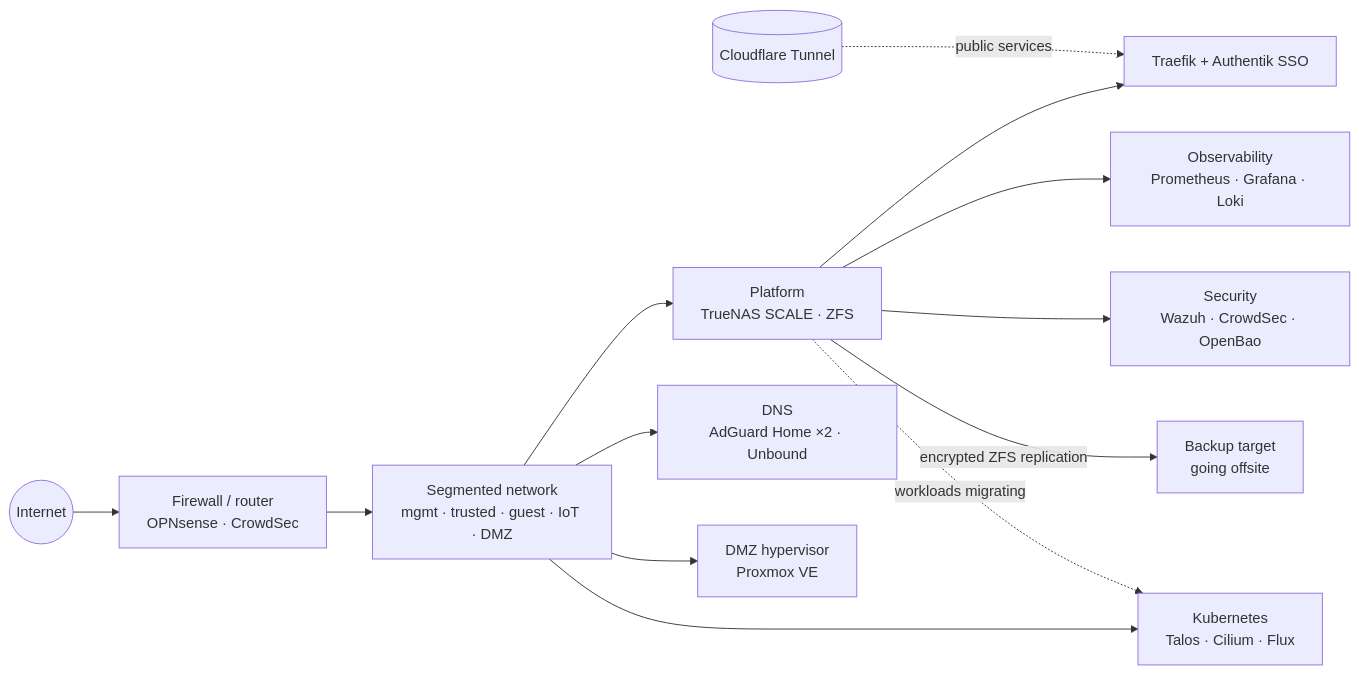
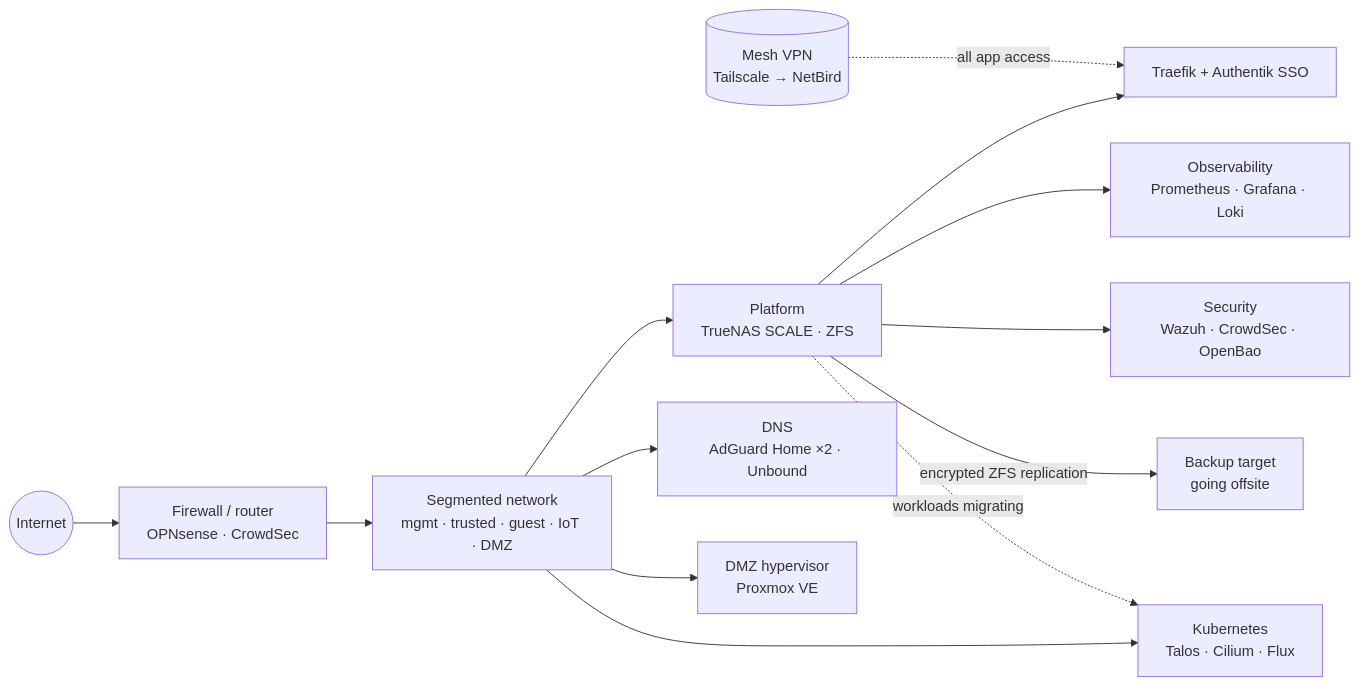
Before and after one commit to mselin/mselin: the diagram in README.md, drawn with Mermaid. The commit also changed other lines of this file, not shown here.

First line of the commit message:
Correct remote access: apps are reachable over the mesh VPN only

````diff
--- a/README.md
+++ b/README.md
@@ -32,18 +32,18 @@
 ```mermaid
 flowchart LR
   inet((Internet)) --> fw[Firewall / router<br/>OPNsense · CrowdSec]
-  tunnel[(Cloudflare Tunnel)] -. public services .-> ingress
+  vpn[(Mesh VPN<br/>Tailscale → NetBird)] -. all app access .-> ingress
 
   fw --> sw[Segmented network<br/>mgmt · trusted · guest · IoT · DMZ]
 
   sw --> nas[Platform<br/>TrueNAS SCALE · ZFS]
   sw --> dns[DNS<br/>AdGuard Home ×2 · Unbound]
   sw --> dmz[DMZ hypervisor<br/>Proxmox VE]
   sw --> k8s[Kubernetes<br/>Talos · Cilium · Flux]
 
   nas --> ingress[Traefik + Authentik SSO]
   nas --> obs[Observability<br/>Prometheus · Grafana · Loki]
   nas --> sec[Security<br/>Wazuh · CrowdSec · OpenBao]
   nas -- encrypted ZFS replication --> bak[Backup target<br/>going offsite]
   nas -. workloads migrating .-> k8s
 ```
````
